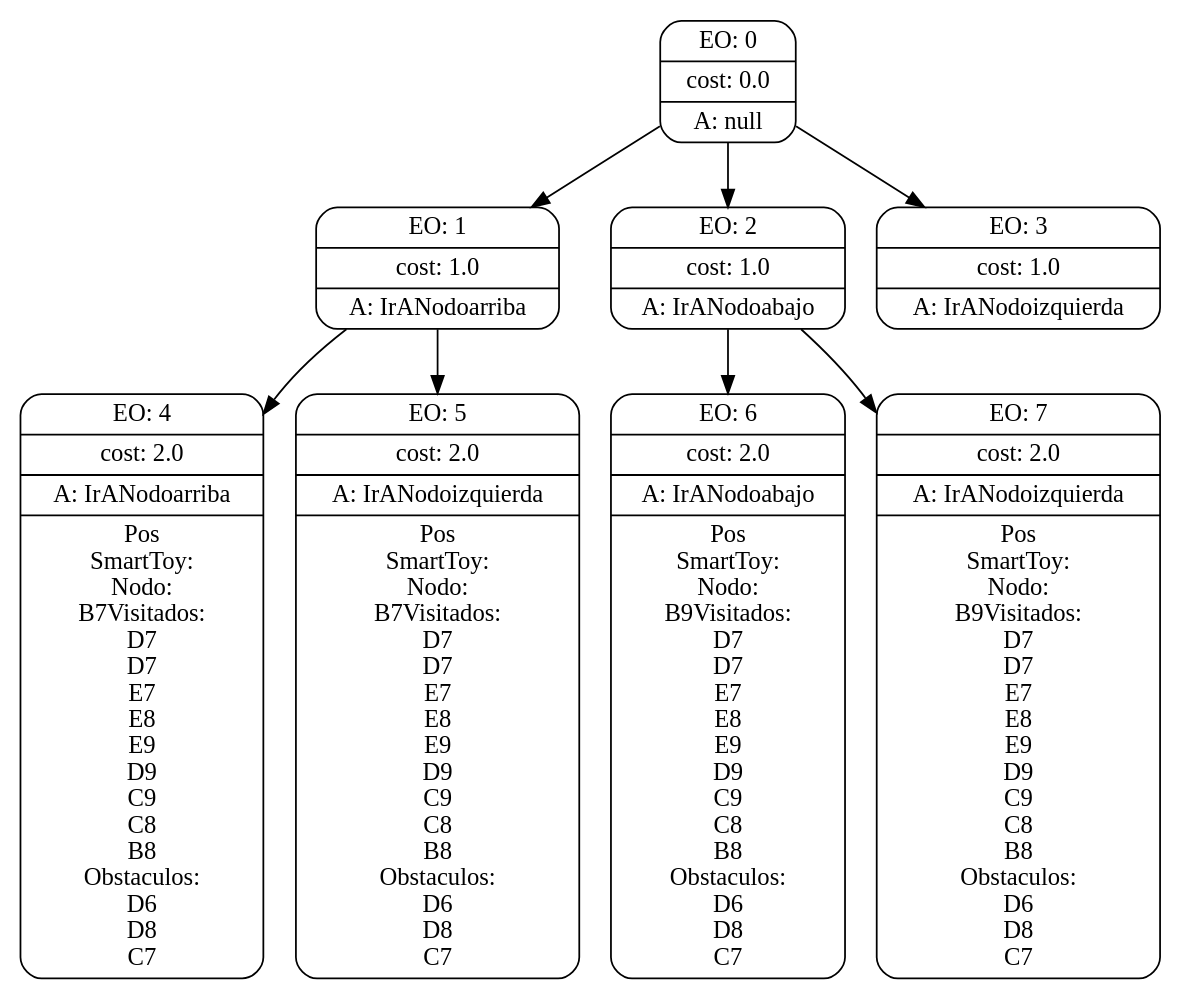
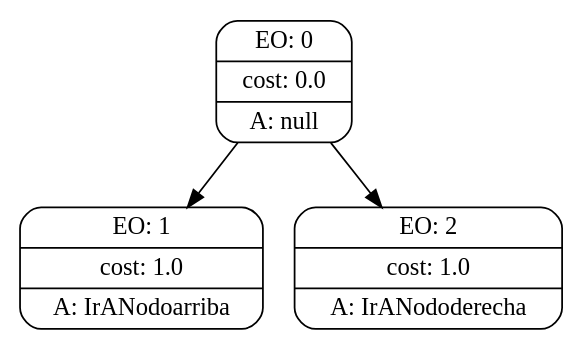
The diagram in tp1-ia/searchGVTrees/7.dot (npadula/tp1-ia), drawn with Graphviz before and after one commit. The commit also changed 11 other files, not shown here.

```diff
--- a/tp1-ia/searchGVTrees/7.dot
+++ b/tp1-ia/searchGVTrees/7.dot
@@ -1,66 +1,14 @@
 digraph g {
 node [shape = Mrecord];
 nodo0[label="{EO: 0|cost: 0.0|A: null}"]
 nodo1[label="{EO: 1|cost: 1.0|A: IrANodoarriba
 }"]
-nodo4[label="{EO: 4|cost: 2.0|A: IrANodoarriba
-|
-Pos\nSmartToy:\nNodo:\nB7
 
-Visitados:\n
-D7\nD7\nE7\nE8\nE9\nD9\nC9\nC8\nB8\n
-Obstaculos:\n
-D6\nD8\nC7\n
-
+nodo0 -> nodo1;
+nodo2[label="{EO: 2|cost: 1.0|A: IrANododerecha
 }"]
 
-nodo1 -> nodo4;
-nodo5[label="{EO: 5|cost: 2.0|A: IrANodoizquierda
-|
-Pos\nSmartToy:\nNodo:\nB7
-
-Visitados:\n
-D7\nD7\nE7\nE8\nE9\nD9\nC9\nC8\nB8\n
-Obstaculos:\n
-D6\nD8\nC7\n
-
-}"]
-
-nodo1 -> nodo5;
-
-nodo0 -> nodo1;
-nodo2[label="{EO: 2|cost: 1.0|A: IrANodoabajo
-}"]
-nodo6[label="{EO: 6|cost: 2.0|A: IrANodoabajo
-|
-Pos\nSmartToy:\nNodo:\nB9
-
-Visitados:\n
-D7\nD7\nE7\nE8\nE9\nD9\nC9\nC8\nB8\n
-Obstaculos:\n
-D6\nD8\nC7\n
-
-}"]
-
-nodo2 -> nodo6;
-nodo7[label="{EO: 7|cost: 2.0|A: IrANodoizquierda
-|
-Pos\nSmartToy:\nNodo:\nB9
-
-Visitados:\n
-D7\nD7\nE7\nE8\nE9\nD9\nC9\nC8\nB8\n
-Obstaculos:\n
-D6\nD8\nC7\n
-
-}"]
-
-nodo2 -> nodo7;
-
 nodo0 -> nodo2;
-nodo3[label="{EO: 3|cost: 1.0|A: IrANodoizquierda
-}"]
-
-nodo0 -> nodo3;
 
 
 }
```
